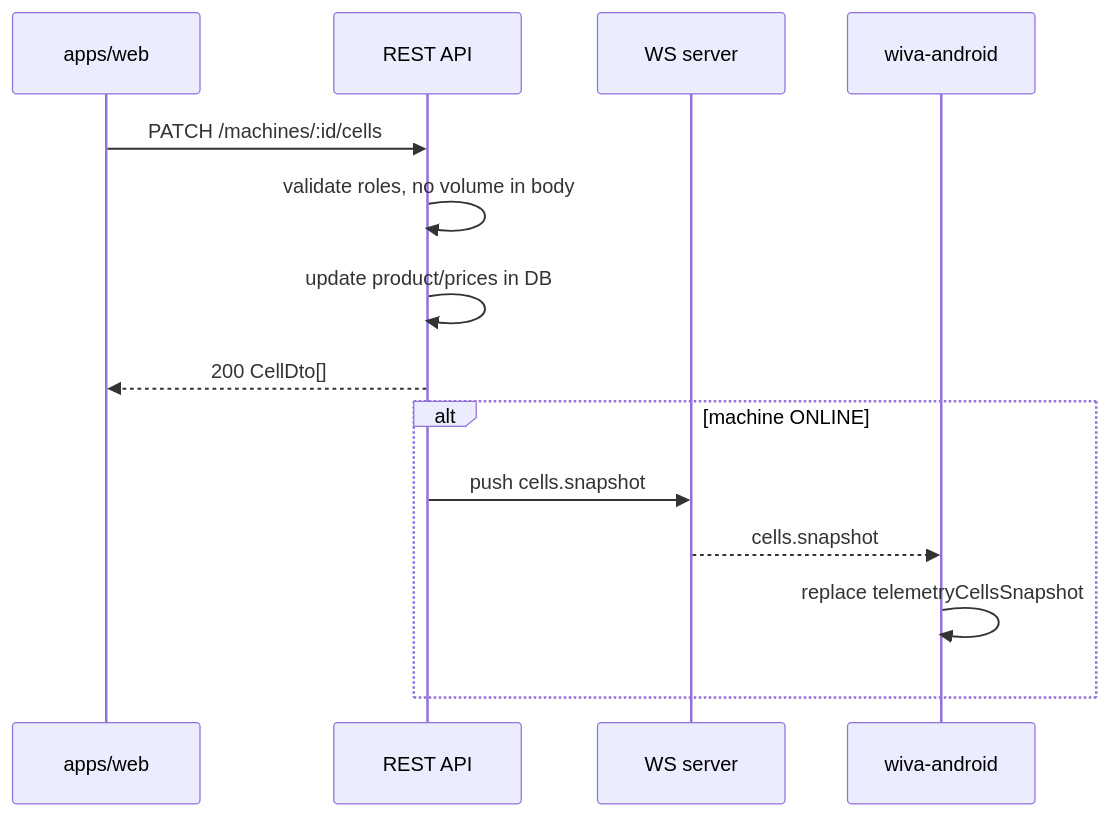
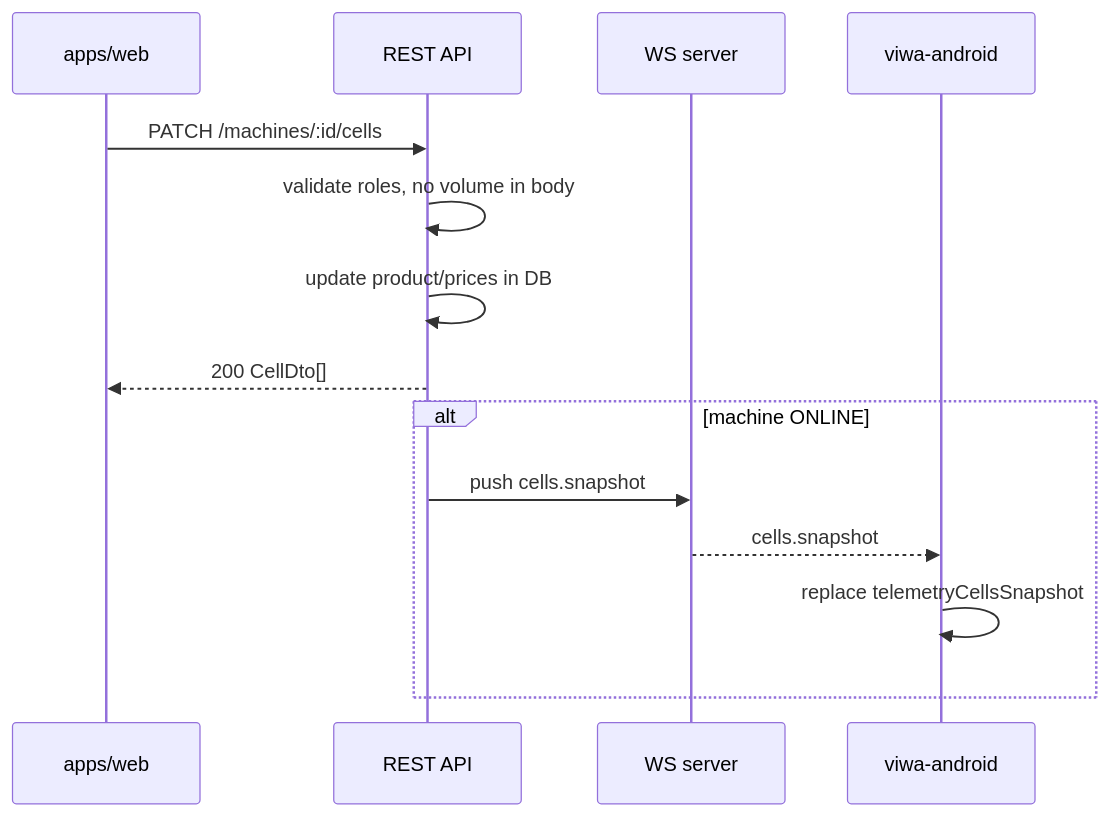
Before and after one commit to metaldeth/viwa-android: the third of 3 diagrams in docs/FEATURE_MACHINE_CELLS_INVENTORY.md, drawn with Mermaid. The commit also changed other lines of this file and 123 other files, not shown here.

First line of the commit message:
docs: пути папок wiva-* заменить на viwa-*

````diff
--- a/docs/FEATURE_MACHINE_CELLS_INVENTORY.md
+++ b/docs/FEATURE_MACHINE_CELLS_INVENTORY.md
@@ -427,17 +427,17 @@
 ```mermaid
 sequenceDiagram
     participant Web as apps/web
     participant API as REST API
     participant WS as WS server
-    participant A as wiva-android
+    participant A as viwa-android
 
     Web->>API: PATCH /machines/:id/cells
     API->>API: validate roles, no volume in body
     API->>API: update product/prices in DB
     API-->>Web: 200 CellDto[]
     alt machine ONLINE
         API->>WS: push cells.snapshot
         WS-->>A: cells.snapshot
         A->>A: replace telemetryCellsSnapshot
     end
 ```
````
